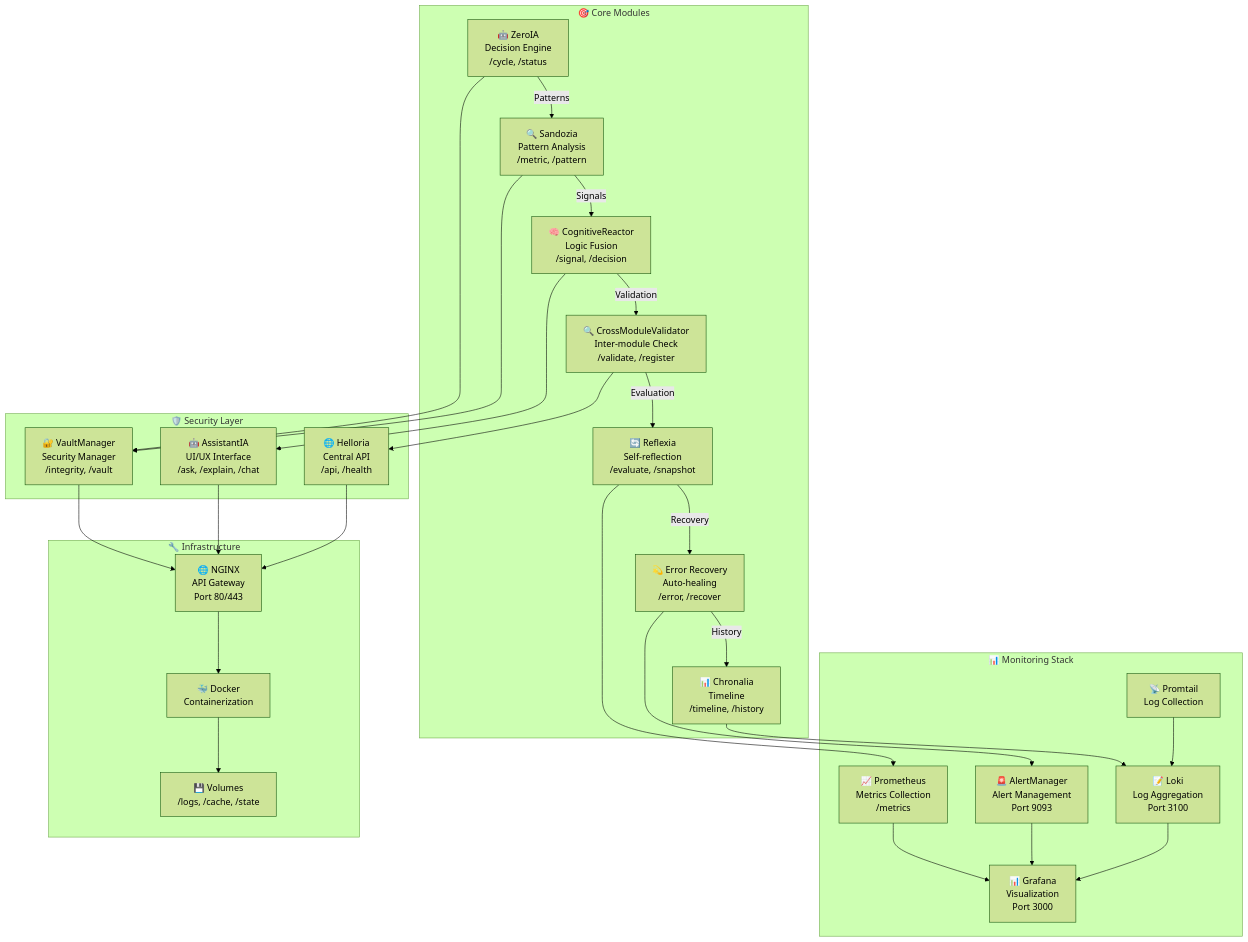
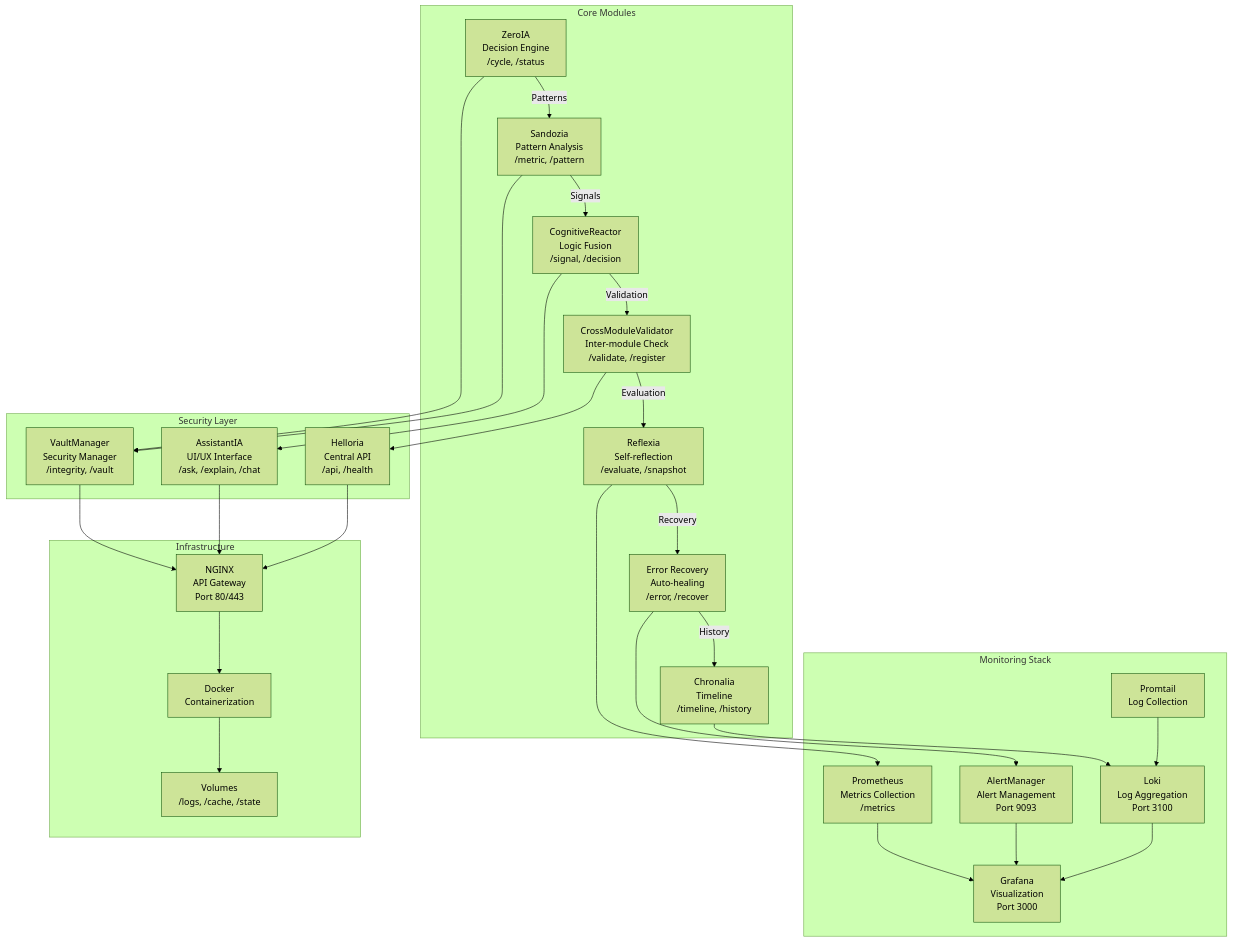
One commit to arkalia-luna-system/arkalia-luna-pro changed the second of 2 diagrams in docs/architecture/decision_flow.md. Above: the diagram before and after it, drawn with Mermaid (forest theme). The commit also changed other lines of this file and 2 other files, not shown here.

````diff
--- a/docs/architecture/decision_flow.md
+++ b/docs/architecture/decision_flow.md
@@ -97,51 +97,51 @@
 ```mermaid
 graph TD
-    subgraph "🎯 Core Modules"
-        ZeroIA["🤖 ZeroIA<br/>Decision Engine<br/>/cycle, /status"] --> |"Patterns"| Sandozia["🔍 Sandozia<br/>Pattern Analysis<br/>/metric, /pattern"]
-        Sandozia --> |"Signals"| CognitiveReactor["🧠 CognitiveReactor<br/>Logic Fusion<br/>/signal, /decision"]
-        CognitiveReactor --> |"Validation"| CrossValidator["🔍 CrossModuleValidator<br/>Inter-module Check<br/>/validate, /register"]
-        CrossValidator --> |"Evaluation"| Reflexia["🔄 Reflexia<br/>Self-reflection<br/>/evaluate, /snapshot"]
-        Reflexia --> |"Recovery"| ErrorRecovery["💫 Error Recovery<br/>Auto-healing<br/>/error, /recover"]
-        ErrorRecovery --> |"History"| Chronalia["📊 Chronalia<br/>Timeline<br/>/timeline, /history"]
+    subgraph "Core Modules"
+        ZeroIA["ZeroIA<br/>Decision Engine<br/>/cycle, /status"] --> |"Patterns"| Sandozia["Sandozia<br/>Pattern Analysis<br/>/metric, /pattern"]
+        Sandozia --> |"Signals"| CognitiveReactor["CognitiveReactor<br/>Logic Fusion<br/>/signal, /decision"]
+        CognitiveReactor --> |"Validation"| CrossValidator["CrossModuleValidator<br/>Inter-module Check<br/>/validate, /register"]
+        CrossValidator --> |"Evaluation"| Reflexia["Reflexia<br/>Self-reflection<br/>/evaluate, /snapshot"]
+        Reflexia --> |"Recovery"| ErrorRecovery["Error Recovery<br/>Auto-healing<br/>/error, /recover"]
+        ErrorRecovery --> |"History"| Chronalia["Chronalia<br/>Timeline<br/>/timeline, /history"]
     end
 
-    subgraph "🛡️ Security Layer"
-        VaultManager["🔐 VaultManager<br/>Security Manager<br/>/integrity, /vault"]
-        AssistantIA["🤖 AssistantIA<br/>UI/UX Interface<br/>/ask, /explain, /chat"]
-        Helloria["🌐 Helloria<br/>Central API<br/>/api, /health"]
+    subgraph "Security Layer"
+        VaultManager["VaultManager<br/>Security Manager<br/>/integrity, /vault"]
+        AssistantIA["AssistantIA<br/>UI/UX Interface<br/>/ask, /explain, /chat"]
+        Helloria["Helloria<br/>Central API<br/>/api, /health"]
     end
 
-    subgraph "📊 Monitoring Stack"
-        Prometheus["📈 Prometheus<br/>Metrics Collection<br/>/metrics"]
-        Grafana["📊 Grafana<br/>Visualization<br/>Port 3000"]
-        AlertManager["🚨 AlertManager<br/>Alert Management<br/>Port 9093"]
-        Loki["📝 Loki<br/>Log Aggregation<br/>Port 3100"]
-        Promtail["📡 Promtail<br/>Log Collection"]
+    subgraph "Monitoring Stack"
+        Prometheus["Prometheus<br/>Metrics Collection<br/>/metrics"]
+        Grafana["Grafana<br/>Visualization<br/>Port 3000"]
+        AlertManager["AlertManager<br/>Alert Management<br/>Port 9093"]
+        Loki["Loki<br/>Log Aggregation<br/>Port 3100"]
+        Promtail["Promtail<br/>Log Collection"]
     end
 
-    subgraph "🔧 Infrastructure"
-        NGINX["🌐 NGINX<br/>API Gateway<br/>Port 80/443"]
-        Docker["🐳 Docker<br/>Containerization"]
-        Volumes["💾 Volumes<br/>/logs, /cache, /state"]
+    subgraph "Infrastructure"
+        NGINX["NGINX<br/>API Gateway<br/>Port 80/443"]
+        Docker["Docker<br/>Containerization"]
+        Volumes["Volumes<br/>/logs, /cache, /state"]
     end
 
     ZeroIA --> VaultManager
     Sandozia --> VaultManager
     CognitiveReactor --> AssistantIA
     CrossValidator --> Helloria
     Reflexia --> Prometheus
     ErrorRecovery --> AlertManager
     Chronalia --> Loki
 
     VaultManager --> NGINX
     AssistantIA --> NGINX
     Helloria --> NGINX
 
     Prometheus --> Grafana
     AlertManager --> Grafana
     Loki --> Grafana
     Promtail --> Loki
 
     NGINX --> Docker
     Docker --> Volumes
 ```
````
